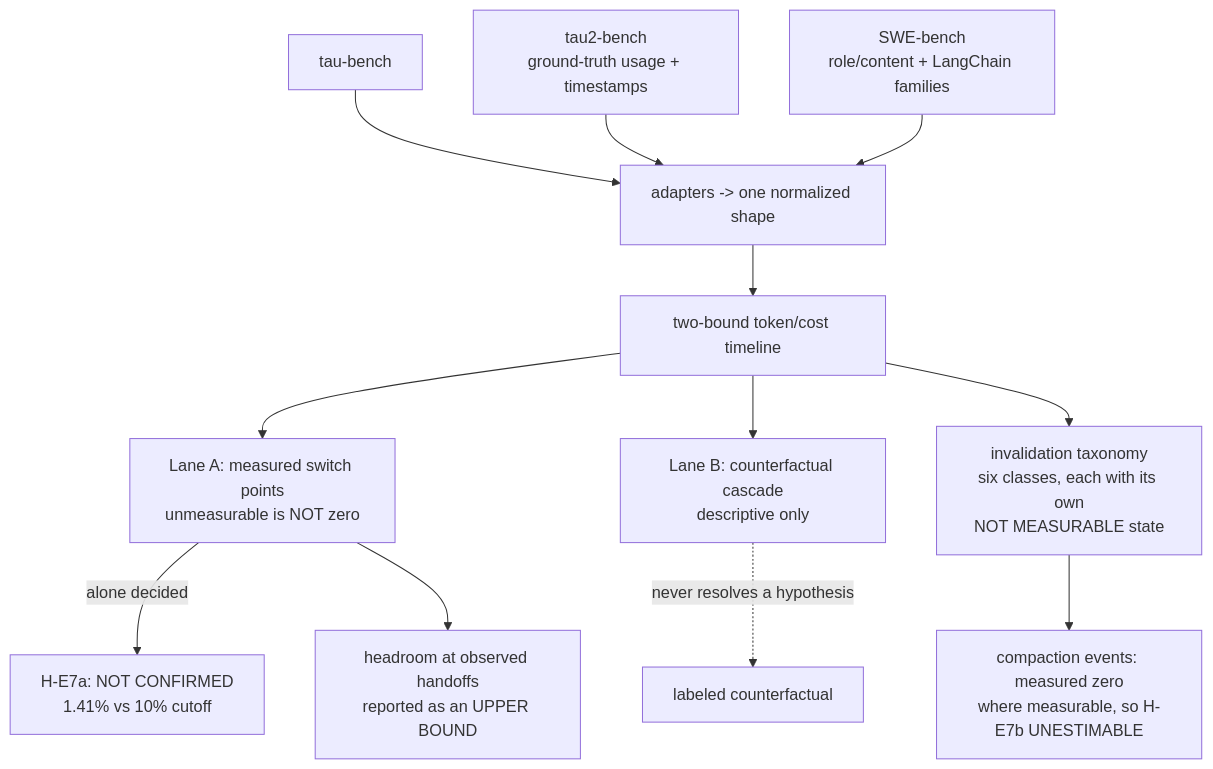
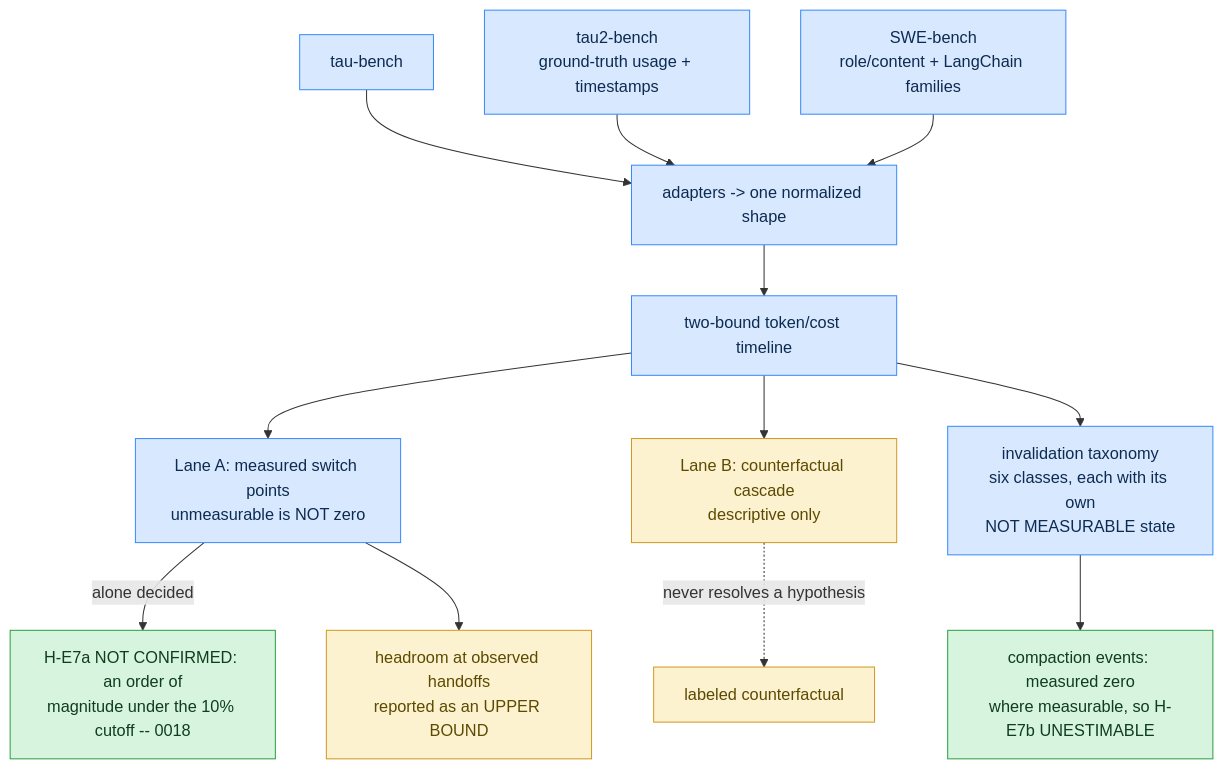
The third of 7 diagrams in README.md (hossainpazooki/linear-ceiling), drawn with Mermaid before and after one commit. The commit also changed other lines of this file, not shown here.

````diff
--- a/README.md
+++ b/README.md
@@ -87,14 +106,20 @@
 ```mermaid
 flowchart TD
     T1[tau-bench] --> P[adapters -> one normalized shape]
     T2[tau2-bench<br/>ground-truth usage + timestamps] --> P
     T3[SWE-bench<br/>role/content + LangChain families] --> P
     P --> C[two-bound token/cost timeline]
     C --> A["Lane A: measured switch points<br/>unmeasurable is NOT zero"]
     C --> B["Lane B: counterfactual cascade<br/>descriptive only"]
-    A -->|alone decided| HA[H-E7a: NOT CONFIRMED<br/>1.41% vs 10% cutoff]
+    A -->|alone decided| HA[H-E7a NOT CONFIRMED: an order of<br/>magnitude under the 10% cutoff -- 0018]
     A --> HR[headroom at observed handoffs<br/>reported as an UPPER BOUND]
     B -.->|never resolves a hypothesis| DESC[labeled counterfactual]
     C --> TAX[invalidation taxonomy<br/>six classes, each with its own<br/>NOT MEASURABLE state]
     TAX --> CB[compaction events: measured zero<br/>where measurable, so H-E7b UNESTIMABLE]
+    classDef data fill:#d8e9ff,stroke:#388bfd,color:#0d2b52;
+    classDef verdict fill:#d7f4de,stroke:#2ea043,color:#0f3d1e;
+    classDef bounded fill:#fdf2d0,stroke:#d29922,color:#5c4a00;
+    class T1,T2,T3,P,C,A,TAX data;
+    class HA,CB verdict;
+    class B,HR,DESC bounded;
 ```
````
